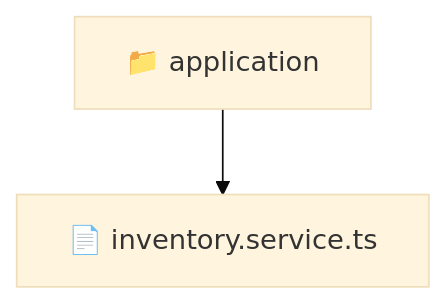
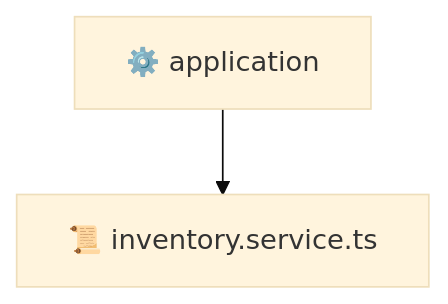
One commit to beginwebdev2002/fullstack-mavluda changed the diagram in backend/src/modules/inventory/application/README.md. Above: the diagram before and after it, drawn with Mermaid (base theme). The commit also changed other lines of this file and 163 other files, not shown here.

````diff
--- a/backend/src/modules/inventory/application/README.md
+++ b/backend/src/modules/inventory/application/README.md
@@ -9,5 +9,5 @@
 ```mermaid
 graph TD
-  Root["📁 application"]
-  Root --> inventory_service_ts["📄 inventory.service.ts"]
+  application["⚙️ application"]
+  application --> inventory_service_ts["📜 inventory.service.ts"]
 ```
````
